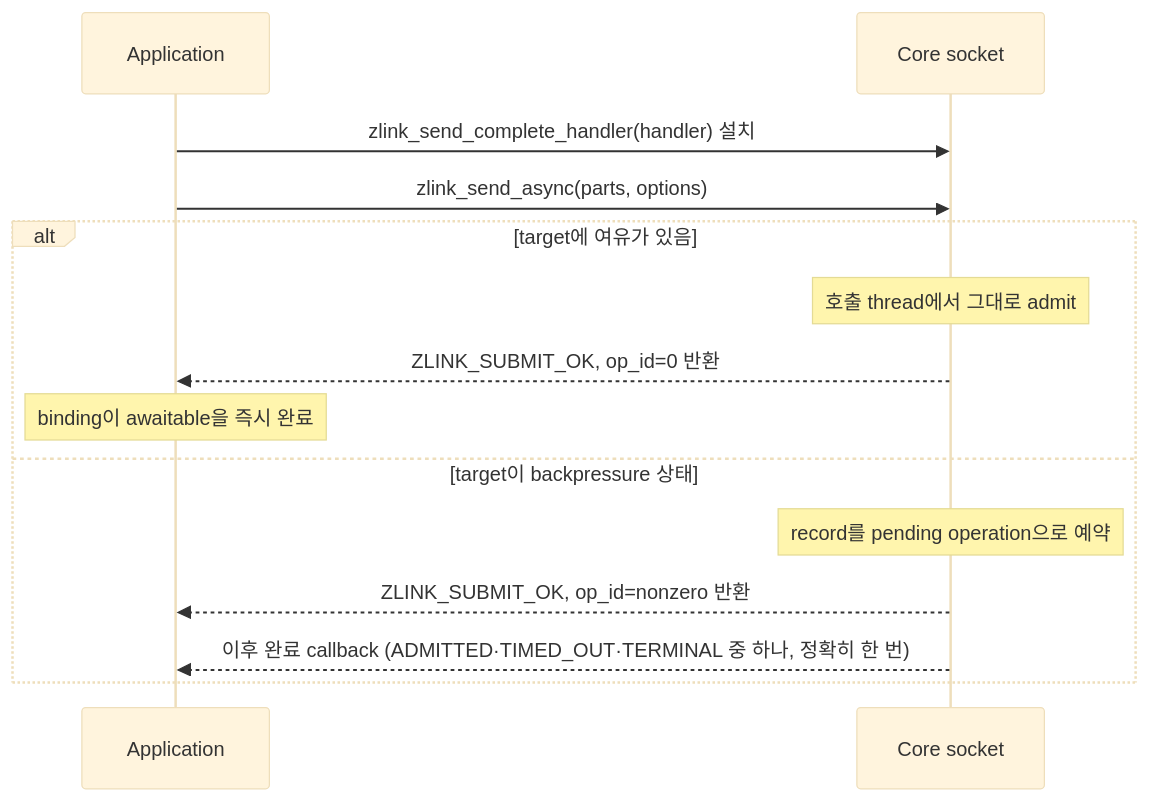
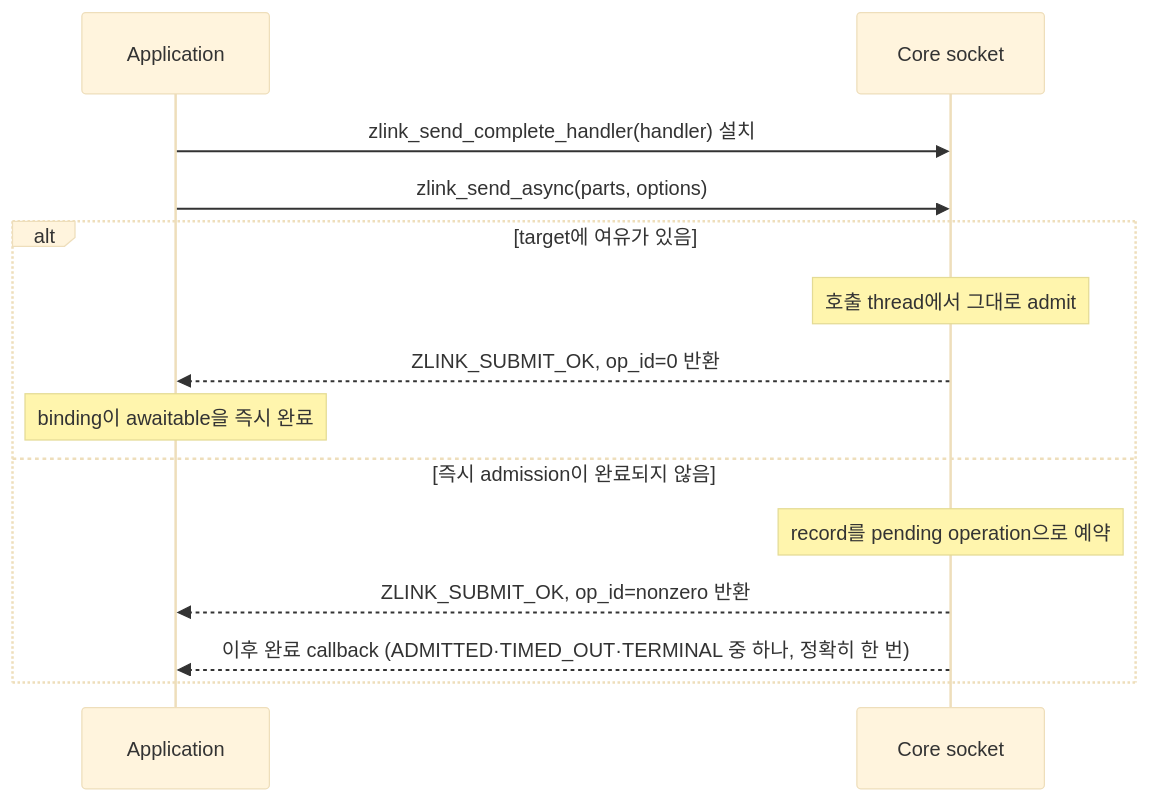
The diagram in core/doc/spec/core/socket/README.ko.md (zlink-systems/zlink), drawn with Mermaid (base theme) before and after one commit. The commit also changed other lines of this file and 44 other files, not shown here.

````diff
--- a/core/doc/spec/core/socket/README.ko.md
+++ b/core/doc/spec/core/socket/README.ko.md
@@ -963,16 +972,16 @@
 ```mermaid
 sequenceDiagram
     participant App as Application
     participant Core as Core socket
     App->>Core: zlink_send_complete_handler(handler) 설치
     App->>Core: zlink_send_async(parts, options)
     alt target에 여유가 있음
         Note over Core: 호출 thread에서 그대로 admit
         Core-->>App: ZLINK_SUBMIT_OK, op_id=0 반환
         Note over App: binding이 awaitable을 즉시 완료
-    else target이 backpressure 상태
+    else 즉시 admission이 완료되지 않음
         Note over Core: record를 pending operation으로 예약
         Core-->>App: ZLINK_SUBMIT_OK, op_id=nonzero 반환
         Core-->>App: 이후 완료 callback (ADMITTED·TIMED_OUT·TERMINAL 중 하나, 정확히 한 번)
     end
 ```
````
